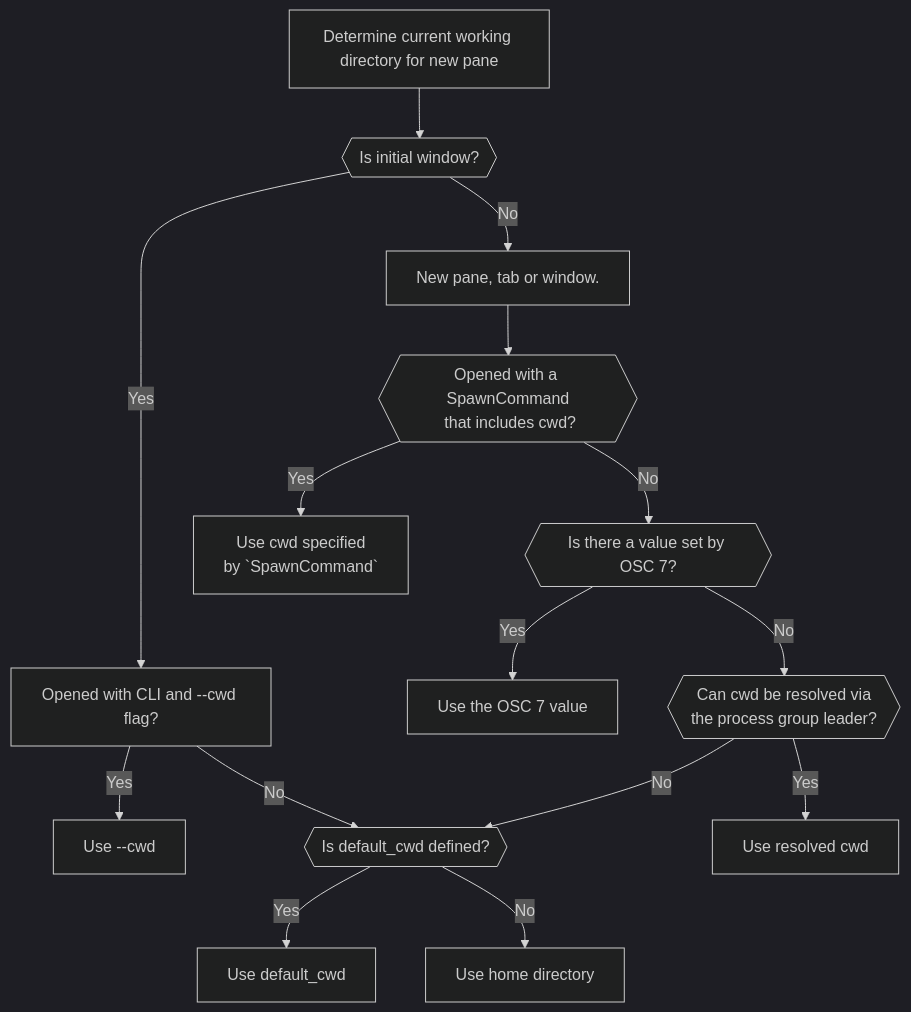
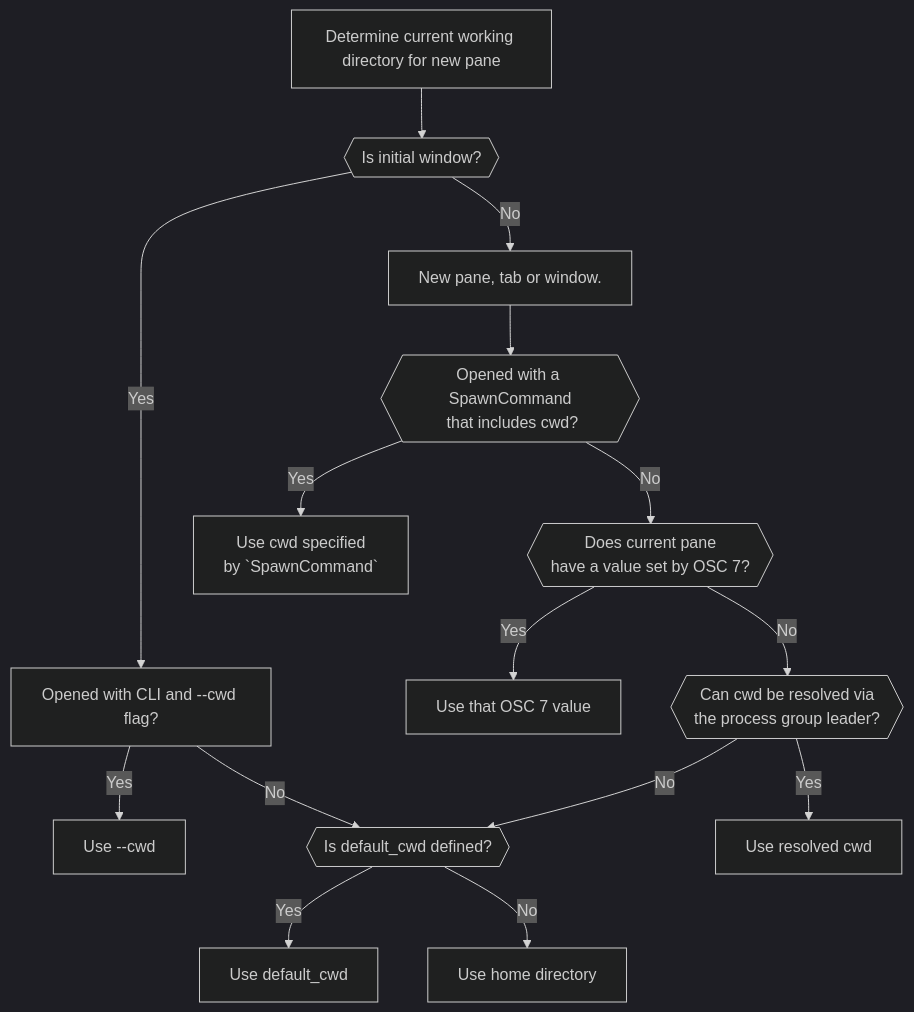
One commit to wez/wezterm changed the diagram in docs/config/lua/config/default_cwd.md. Above: the diagram before and after it, drawn with Mermaid (dark theme). The commit also changed other lines of this file, not shown here.

````diff
--- a/docs/config/lua/config/default_cwd.md
+++ b/docs/config/lua/config/default_cwd.md
@@ -20,19 +20,19 @@
 ```mermaid
 graph TD
   %%{wrap}%%
     X[Determine current working directory for new pane] --> A{{Is initial window?}}
     A -->|Yes| B[Opened with CLI and --cwd flag?]
     A -->|No| C[New pane, tab or window.]
     C --> D{{Opened with a SpawnCommand<br/> that includes cwd?}}
-    D -->|No| J{{Is there a value set by OSC 7?}}
+    D -->|No| J{{Does current pane<br/>have a value set by OSC 7?}}
     B -->|Yes| E[Use --cwd]
     B -->|No| F{{Is default_cwd defined?}}
     F -->|Yes| G[Use default_cwd]
     F -->|No| H[Use home directory]
     D -->|Yes| I[Use cwd specified<br/> by `SpawnCommand`]
-    J -->|Yes| K[Use the OSC 7 value]
+    J -->|Yes| K[Use that OSC 7 value]
     J -->|No| L{{Can cwd be resolved via<br/> the process group leader?}}
     L -->|Yes| M[Use resolved cwd]
     L -->|No| F
 
 ```
````
